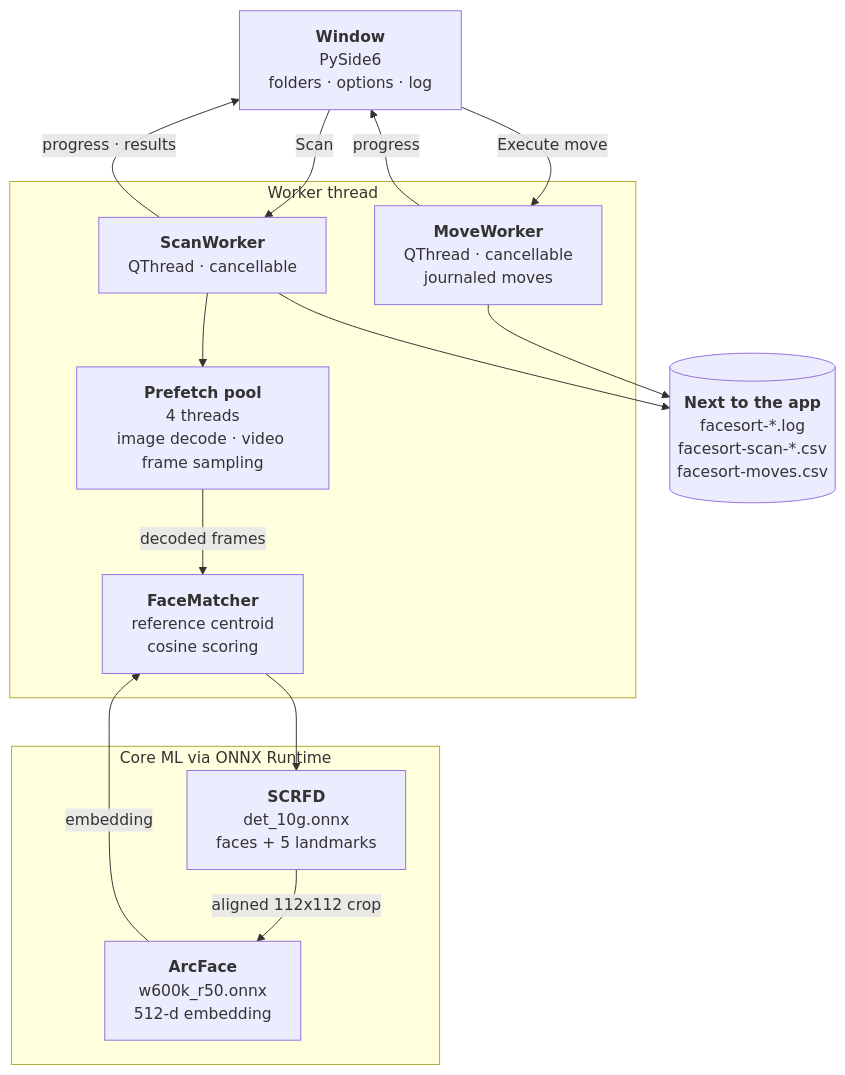
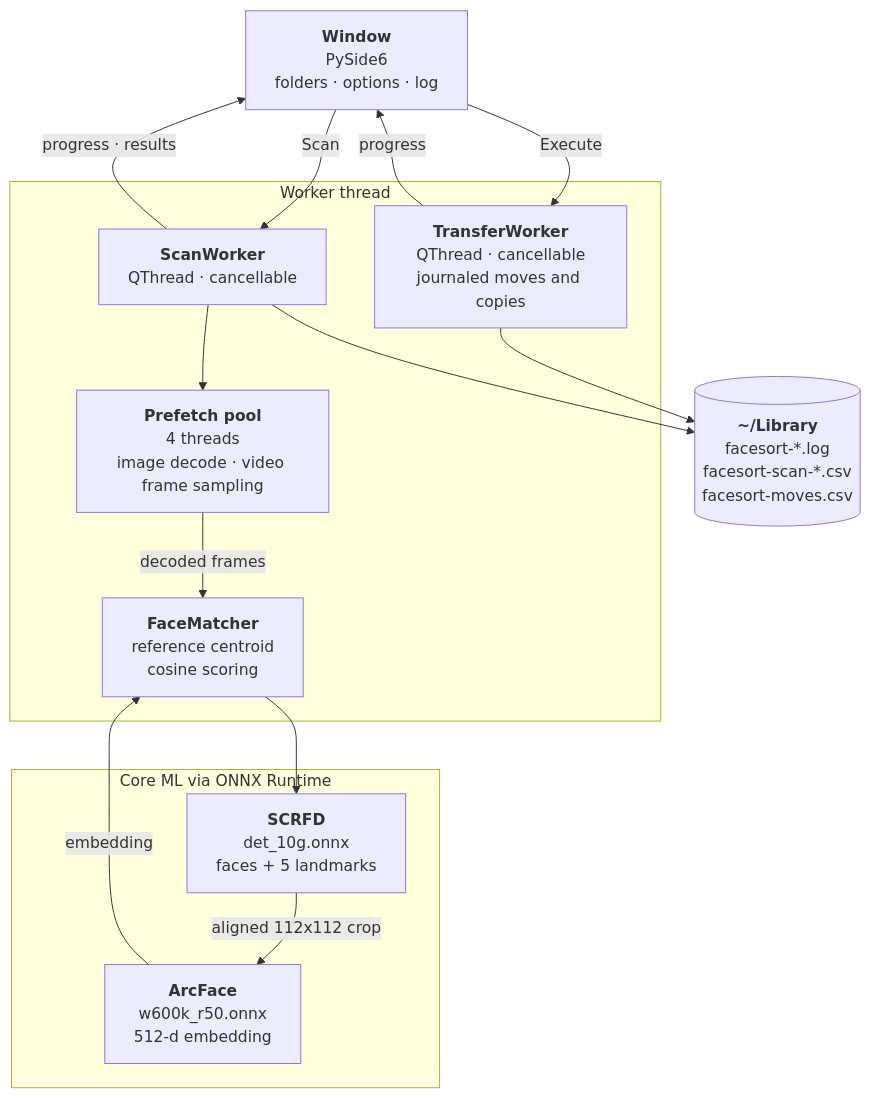
Before and after one commit to BitWise-0x/Vaquero: the first of 2 diagrams in README.md, drawn with Mermaid. The commit also changed other lines of this file and 4 other files, not shown here.

First line of the commit message:
feat: copy or move, sectioned log with clickable files, grouped settings layout

````diff
--- a/README.md
+++ b/README.md
@@ -65,30 +66,30 @@
 ```mermaid
 graph TD
     ui["<b>Window</b><br>PySide6<br>folders · options · log"]
 
     subgraph Worker thread
         worker["<b>ScanWorker</b><br>QThread · cancellable"]
-        mover["<b>MoveWorker</b><br>QThread · cancellable<br>journaled moves"]
+        mover["<b>TransferWorker</b><br>QThread · cancellable<br>journaled moves and copies"]
         prefetch["<b>Prefetch pool</b><br>4 threads<br>image decode · video frame sampling"]
         matcher["<b>FaceMatcher</b><br>reference centroid<br>cosine scoring"]
     end
 
     subgraph Core ML via ONNX Runtime
         det["<b>SCRFD</b><br>det_10g.onnx<br>faces + 5 landmarks"]
         rec["<b>ArcFace</b><br>w600k_r50.onnx<br>512-d embedding"]
     end
 
-    disk[("<b>Next to the app</b><br>facesort-*.log<br>facesort-scan-*.csv<br>facesort-moves.csv")]
+    disk[("<b>~/Library</b><br>facesort-*.log<br>facesort-scan-*.csv<br>facesort-moves.csv")]
 
     ui -->|"Scan"| worker
     worker --> prefetch
     prefetch -->|"decoded frames"| matcher
     matcher --> det
     det -->|"aligned 112x112 crop"| rec
     rec -->|"embedding"| matcher
     worker -->|"progress · results"| ui
-    ui -->|"Execute move"| mover
+    ui -->|"Execute"| mover
     mover -->|"progress"| ui
     mover --> disk
     worker --> disk
 ```
````
